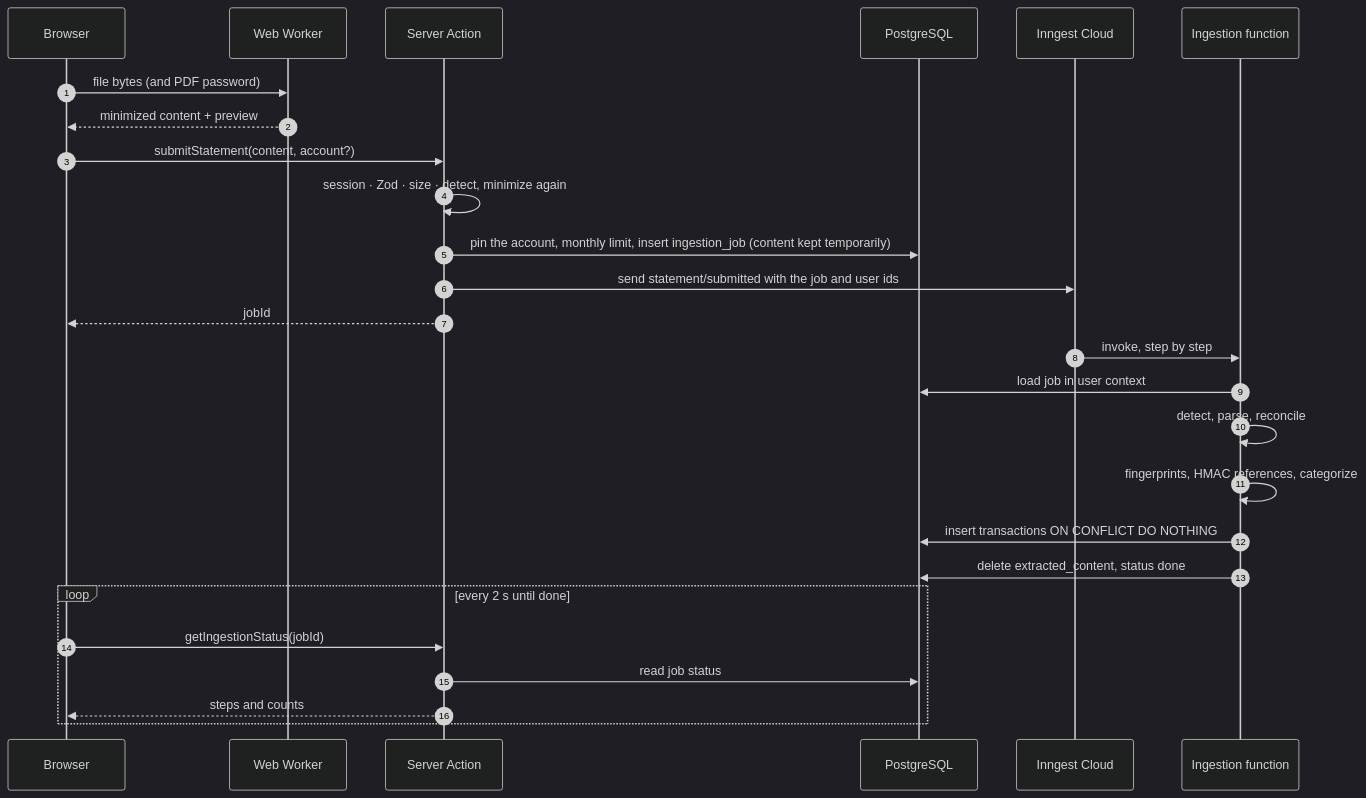
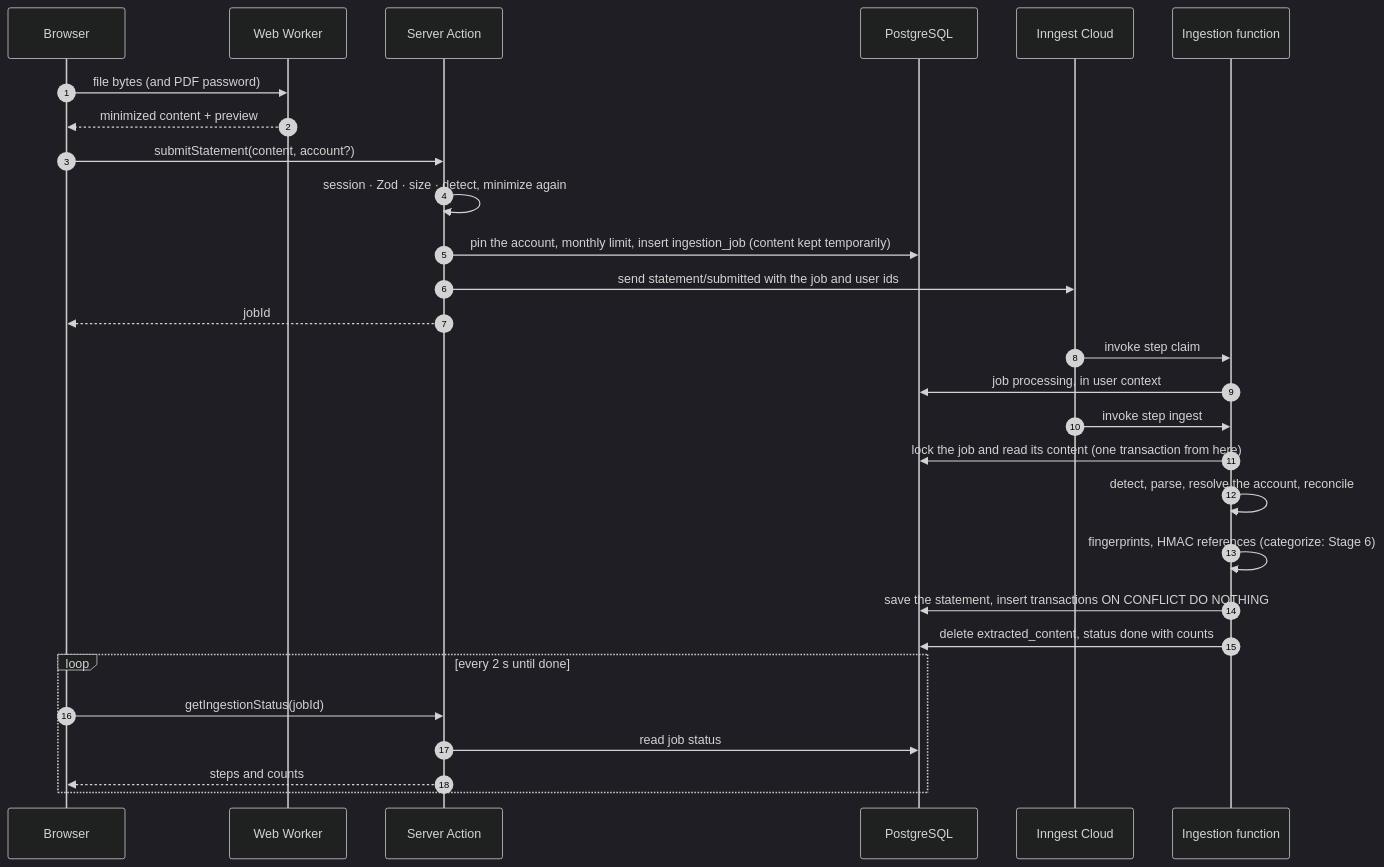
One commit to ingcarlostello/xtrakto changed the second of 7 diagrams in docs/ARCHITECTURE.md. Above: the diagram before and after it, drawn with Mermaid (dark theme). The commit also changed other lines of this file and 36 other files, not shown here.

````diff
--- a/docs/ARCHITECTURE.md
+++ b/docs/ARCHITECTURE.md
@@ -95,28 +95,30 @@
 ```mermaid
 sequenceDiagram
     autonumber
     participant B as Browser
     participant W as Web Worker
     participant S as Server Action
     participant DB as PostgreSQL
     participant I as Inngest Cloud
     participant F as Ingestion function
     B->>W: file bytes (and PDF password)
     W-->>B: minimized content + preview
     B->>S: submitStatement(content, account?)
     S->>S: session · Zod · size · detect, minimize again
     S->>DB: pin the account, monthly limit, insert ingestion_job (content kept temporarily)
     S->>I: send statement/submitted with the job and user ids
     S-->>B: jobId
-    I->>F: invoke, step by step
-    F->>DB: load job in user context
-    F->>F: detect, parse, reconcile
-    F->>F: fingerprints, HMAC references, categorize
-    F->>DB: insert transactions ON CONFLICT DO NOTHING
-    F->>DB: delete extracted_content, status done
+    I->>F: invoke step claim
+    F->>DB: job processing, in user context
+    I->>F: invoke step ingest
+    F->>DB: lock the job and read its content (one transaction from here)
+    F->>F: detect, parse, resolve the account, reconcile
+    F->>F: fingerprints, HMAC references (categorize: Stage 6)
+    F->>DB: save the statement, insert transactions ON CONFLICT DO NOTHING
+    F->>DB: delete extracted_content, status done with counts
     loop every 2 s until done
         B->>S: getIngestionStatus(jobId)
         S->>DB: read job status
         S-->>B: steps and counts
     end
 ```
````
